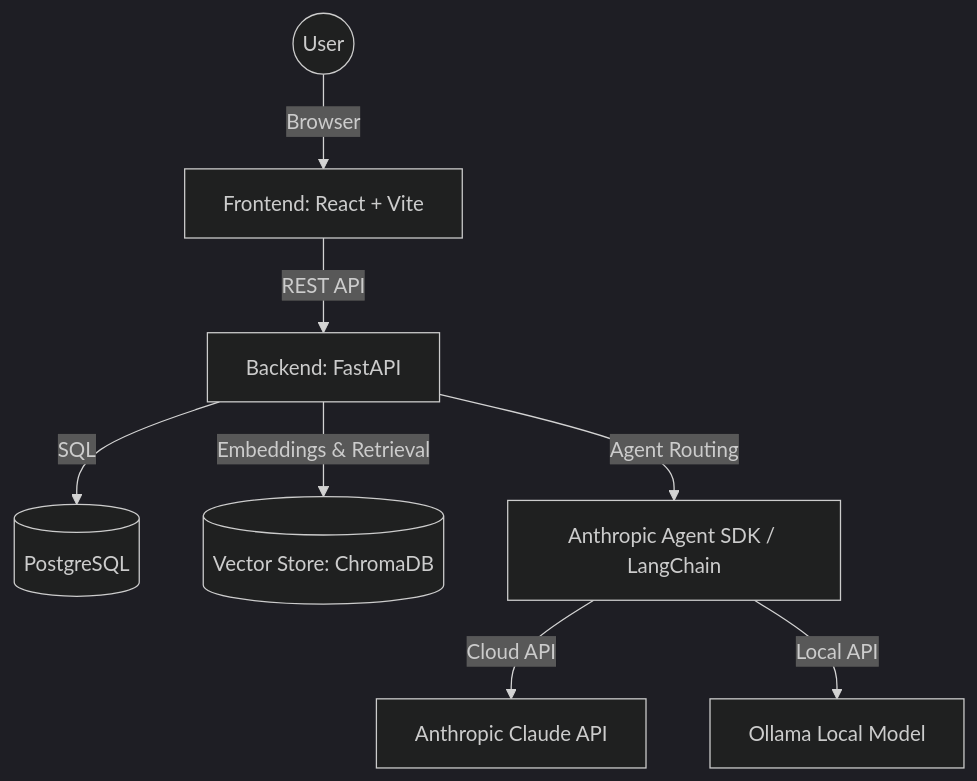
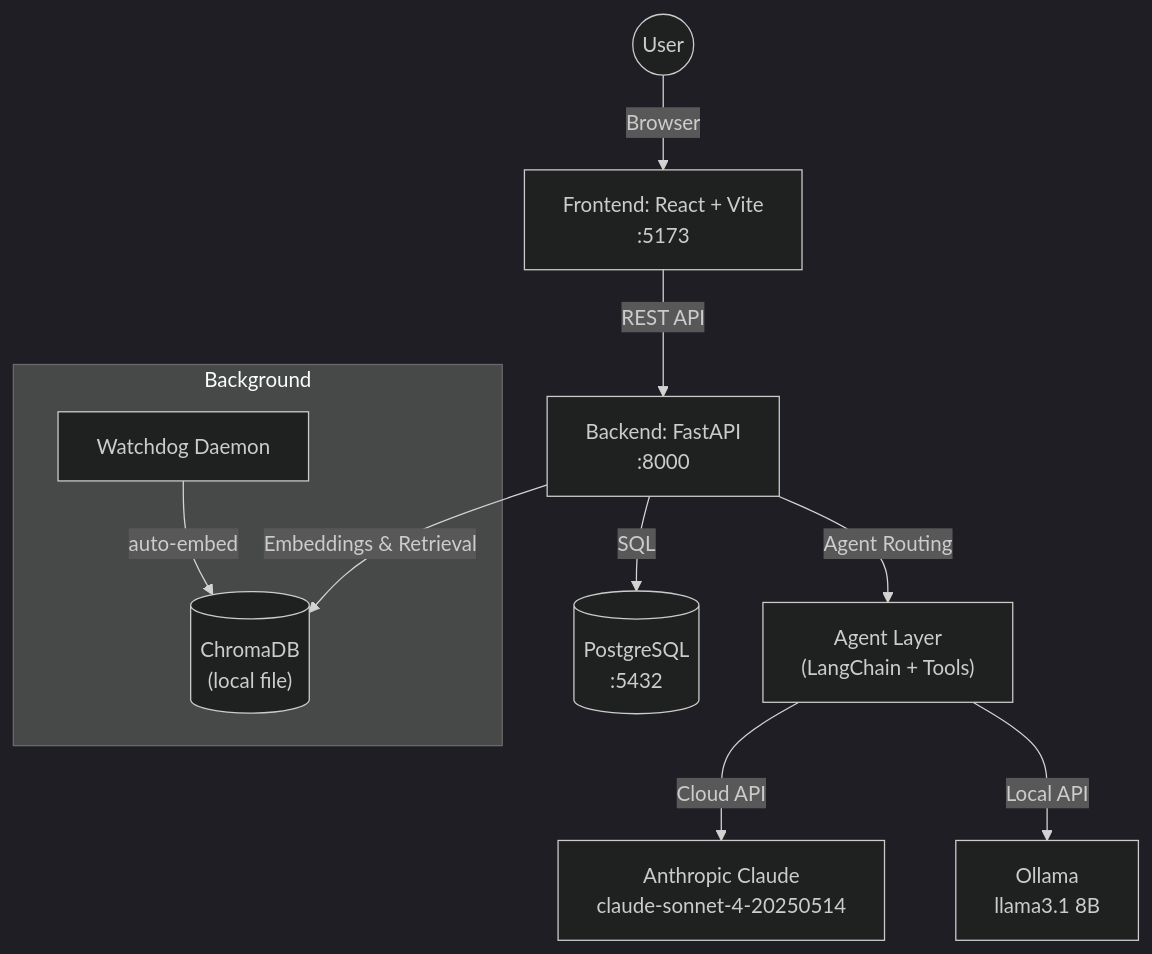
Before and after one commit to OnlymeKarthik/lenny-podcast-ai: the first of 5 diagrams in architecture.md, drawn with Mermaid (dark theme). The commit also changed other lines of this file and 24 other files, not shown here.

````diff
--- a/architecture.md
+++ b/architecture.md
@@ -7,13 +7,17 @@
 ```mermaid
 graph TD
-    User((User)) -->|Browser| Frontend[Frontend: React + Vite]
-    Frontend -->|REST API| Backend[Backend: FastAPI]
+    User((User)) -->|Browser| Frontend["Frontend: React + Vite<br/>:5173"]
+    Frontend -->|REST API| Backend["Backend: FastAPI<br/>:8000"]
     
-    Backend -->|SQL| DB[(PostgreSQL)]
-    Backend -->|Embeddings & Retrieval| VectorStore[(Vector Store: ChromaDB)]
+    Backend -->|SQL| DB[("PostgreSQL<br/>:5432")]
+    Backend -->|Embeddings & Retrieval| VectorStore[("ChromaDB<br/>(local file)")]
     
-    Backend -->|Agent Routing| AgentSDK[Anthropic Agent SDK / LangChain]
+    Backend -->|Agent Routing| AgentLayer["Agent Layer<br/>(LangChain + Tools)"]
     
-    AgentSDK -->|Cloud API| Anthropic[Anthropic Claude API]
-    AgentSDK -->|Local API| Ollama[Ollama Local Model]
+    AgentLayer -->|Cloud API| Anthropic["Anthropic Claude<br/>claude-sonnet-4-20250514"]
+    AgentLayer -->|Local API| Ollama["Ollama<br/>llama3.1 8B"]
+    
+    subgraph Background
+        Watcher["Watchdog Daemon"] -->|auto-embed| VectorStore
+    end
 ```
````
